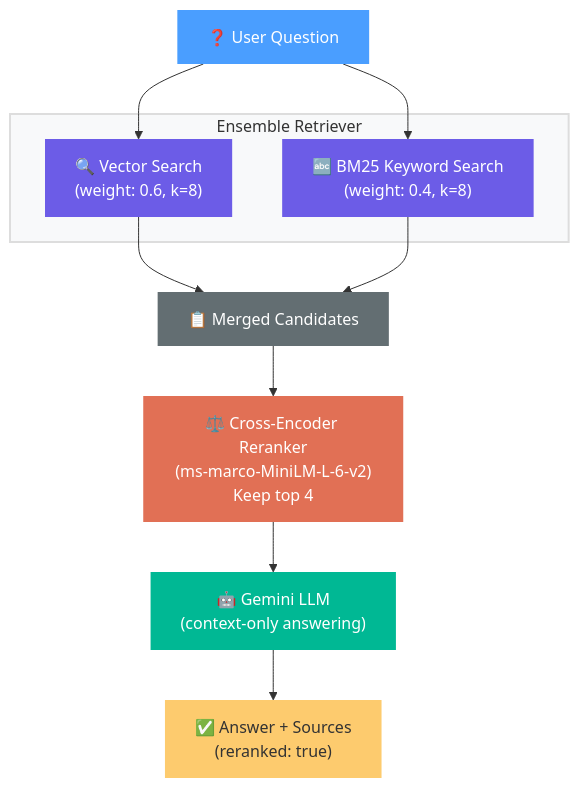
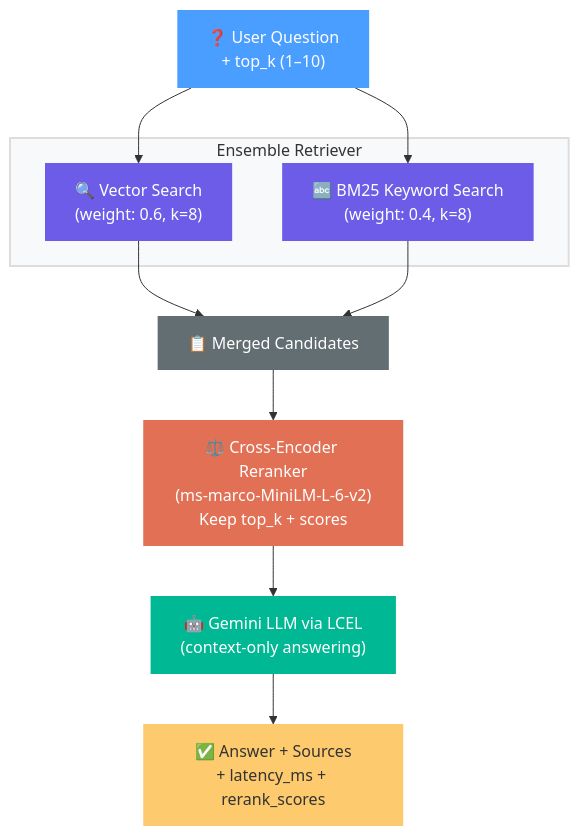
One commit to abhay-ugale-25/RagDocQA changed the second of 2 diagrams in README.md. Above: the diagram before and after it, drawn with Mermaid. The commit also changed other lines of this file and 7 other files, not shown here.

````diff
--- a/README.md
+++ b/README.md
@@ -29,26 +35,26 @@
 ```mermaid
 flowchart TD
-    Q["❓ User Question"] --> E1
+    Q["❓ User Question\n+ top_k (1–10)"] --> E1
     Q --> E2
 
     subgraph ensemble ["Ensemble Retriever"]
-        E1["🔍 Vector Search<br/>(weight: 0.6, k=8)"]
-        E2["🔤 BM25 Keyword Search<br/>(weight: 0.4, k=8)"]
+        E1["🔍 Vector Search\n(weight: 0.6, k=8)"]
+        E2["🔤 BM25 Keyword Search\n(weight: 0.4, k=8)"]
     end
 
     E1 --> M["📋 Merged Candidates"]
     E2 --> M
 
-    M --> R["⚖️ Cross-Encoder Reranker<br/>(ms-marco-MiniLM-L-6-v2)<br/>Keep top 4"]
-    R --> L["🤖 Gemini LLM<br/>(context-only answering)"]
-    L --> A["✅ Answer + Sources<br/>(reranked: true)"]
+    M --> R["⚖️ Cross-Encoder Reranker\n(ms-marco-MiniLM-L-6-v2)\nKeep top_k + scores"]
+    R --> L["🤖 Gemini LLM via LCEL\n(context-only answering)"]
+    L --> A["✅ Answer + Sources\n+ latency_ms + rerank_scores"]
 
     style Q fill:#4a9eff,color:#fff,stroke:none
     style ensemble fill:#f8f9fa,stroke:#ddd,stroke-width:2px
     style E1 fill:#6c5ce7,color:#fff,stroke:none
     style E2 fill:#6c5ce7,color:#fff,stroke:none
     style M fill:#636e72,color:#fff,stroke:none
     style R fill:#e17055,color:#fff,stroke:none
     style L fill:#00b894,color:#fff,stroke:none
     style A fill:#fdcb6e,color:#333,stroke:none
 ```
````
